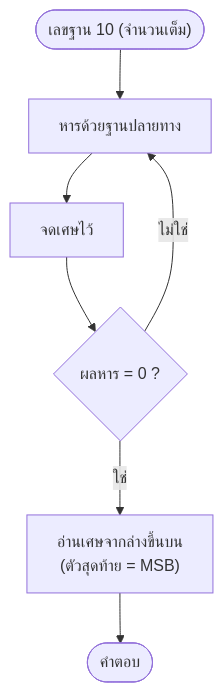
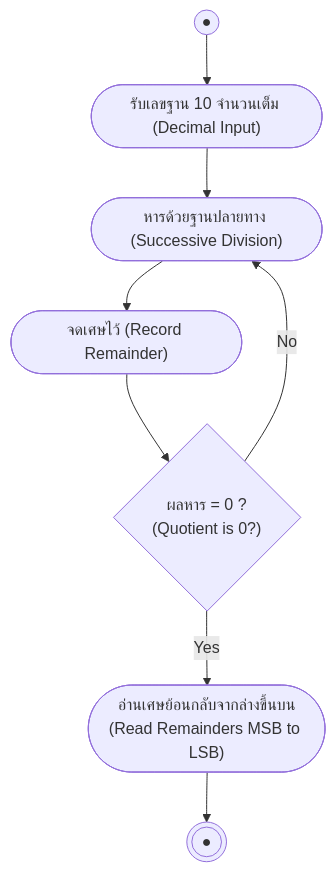
Before and after one commit to PhuriphatTyPeZ3r0/Course-1322201-Digital-Logic-Design-2026: the second of 3 diagrams in 01_Lectures/Week1/Base-Conversion.md, drawn with Mermaid. The commit also changed other lines of this file and 18 other files, not shown here.

Commit message:
refactor: standardize diagrams to UML specifications across notes and templates

````diff
--- a/01_Lectures/Week1/Base-Conversion.md
+++ b/01_Lectures/Week1/Base-Conversion.md
@@ -77,9 +77,10 @@
 ```mermaid
 flowchart TD
-    Start(["เลขฐาน 10 (จำนวนเต็ม)"]) --> Div["หารด้วยฐานปลายทาง"]
-    Div --> Rem["จดเศษไว้"]
-    Rem --> Check{"ผลหาร = 0 ?"}
-    Check -->|ไม่ใช่| Div
-    Check -->|ใช่| Read["อ่านเศษจากล่างขึ้นบน<br/>(ตัวสุดท้าย = MSB)"]
-    Read --> End(["คำตอบ"])
+    Start((●)) --> Input(["รับเลขฐาน 10 จำนวนเต็ม (Decimal Input)"])
+    Input --> Div(["หารด้วยฐานปลายทาง (Successive Division)"])
+    Div --> Rem(["จดเศษไว้ (Record Remainder)"])
+    Rem --> Check{"ผลหาร = 0 ?<br/>(Quotient is 0?)"}
+    Check -->|No| Div
+    Check -->|Yes| Read(["อ่านเศษย้อนกลับจากล่างขึ้นบน<br/>(Read Remainders MSB to LSB)"])
+    Read --> Stop(((●)))
 ```
````
